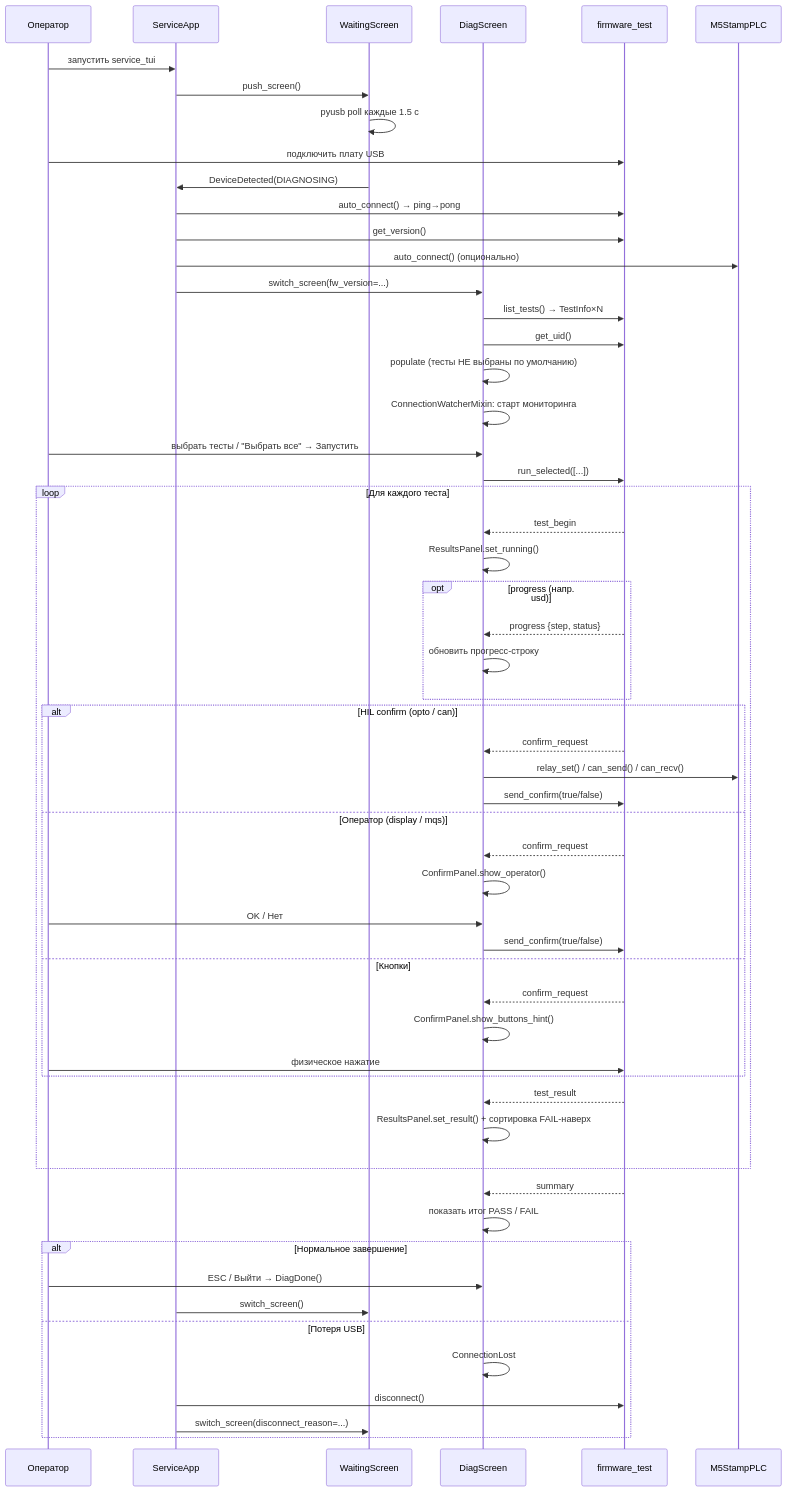
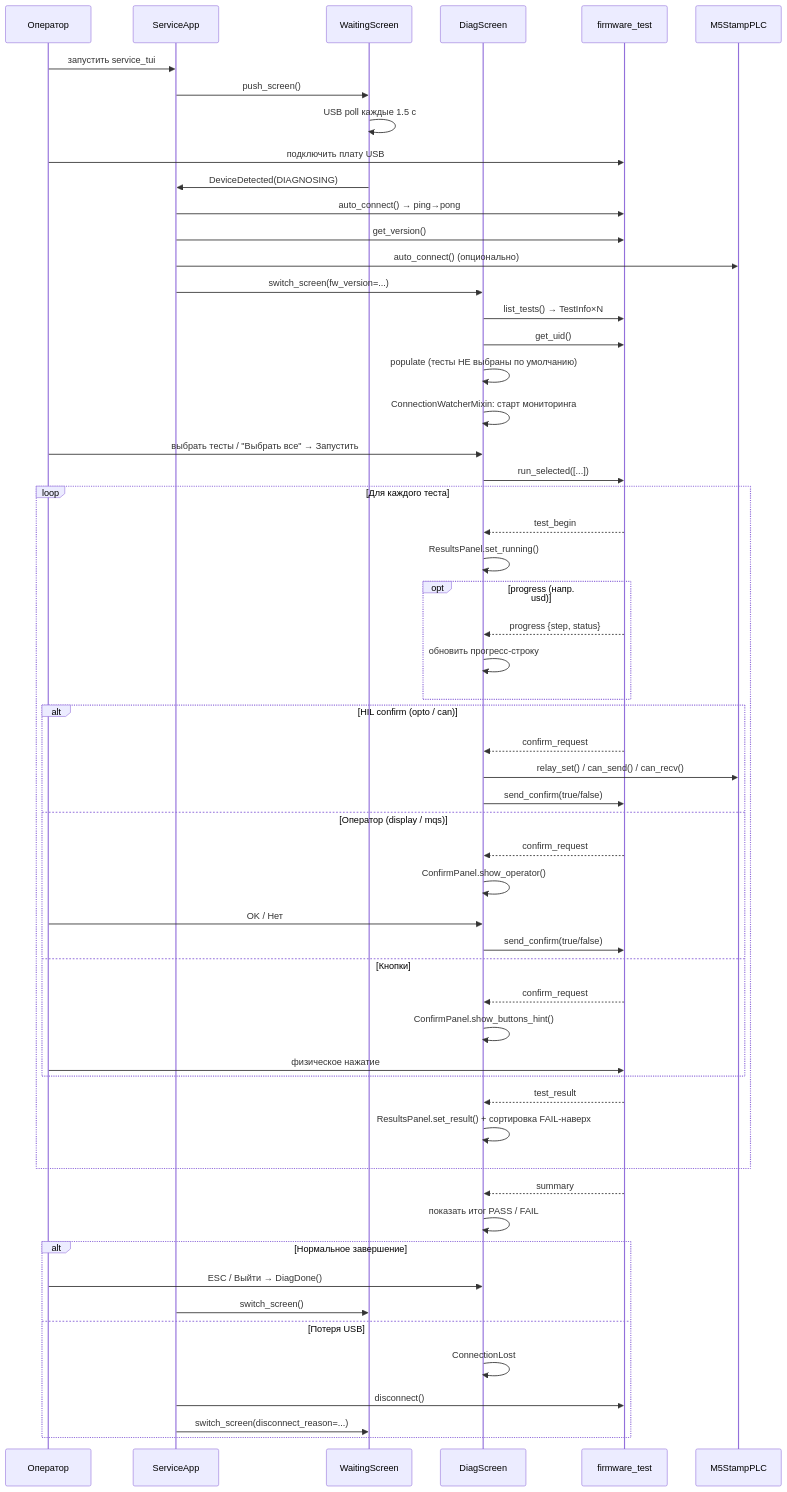
Before and after one commit to OSabuser/tft_manufacture_test: the fifth of 5 diagrams in tools/production/docs/DEV_ARCH.md, drawn with Mermaid. The commit also changed other lines of this file and 10 other files, not shown here.

````diff
--- a/tools/production/docs/DEV_ARCH.md
+++ b/tools/production/docs/DEV_ARCH.md
@@ -403,68 +421,68 @@
 ```mermaid
 sequenceDiagram
     participant OP as Оператор
     participant TUI as ServiceApp
     participant WS as WaitingScreen
     participant DS as DiagScreen
     participant FW as firmware_test
     participant M5 as M5StampPLC
 
     OP->>TUI: запустить service_tui
     TUI->>WS: push_screen()
-    WS->>WS: pyusb poll каждые 1.5 с
+    WS->>WS: USB poll каждые 1.5 с
 
     OP->>FW: подключить плату USB
     WS->>TUI: DeviceDetected(DIAGNOSING)
     TUI->>FW: auto_connect() → ping→pong
     TUI->>FW: get_version()
     TUI->>M5: auto_connect() (опционально)
     TUI->>DS: switch_screen(fw_version=...)
 
     DS->>FW: list_tests() → TestInfo×N
     DS->>FW: get_uid()
     DS->>DS: populate (тесты НЕ выбраны по умолчанию)
     DS->>DS: ConnectionWatcherMixin: старт мониторинга
 
     OP->>DS: выбрать тесты / "Выбрать все" → Запустить
     DS->>FW: run_selected([...])
 
     loop Для каждого теста
         FW-->>DS: test_begin
         DS->>DS: ResultsPanel.set_running()
 
         opt progress (напр. usd)
             FW-->>DS: progress {step, status}
             DS->>DS: обновить прогресс-строку
         end
 
         alt HIL confirm (opto / can)
             FW-->>DS: confirm_request
             DS->>M5: relay_set() / can_send() / can_recv()
             DS->>FW: send_confirm(true/false)
         else Оператор (display / mqs)
             FW-->>DS: confirm_request
             DS->>DS: ConfirmPanel.show_operator()
             OP->>DS: OK / Нет
             DS->>FW: send_confirm(true/false)
         else Кнопки
             FW-->>DS: confirm_request
             DS->>DS: ConfirmPanel.show_buttons_hint()
             OP->>FW: физическое нажатие
         end
 
         FW-->>DS: test_result
         DS->>DS: ResultsPanel.set_result() + сортировка FAIL-наверх
     end
 
     FW-->>DS: summary
     DS->>DS: показать итог PASS / FAIL
 
     alt Нормальное завершение
         OP->>DS: ESC / Выйти → DiagDone()
         TUI->>WS: switch_screen()
     else Потеря USB
         DS->>DS: ConnectionLost
         TUI->>FW: disconnect()
         TUI->>WS: switch_screen(disconnect_reason=...)
     end
 ```
````
